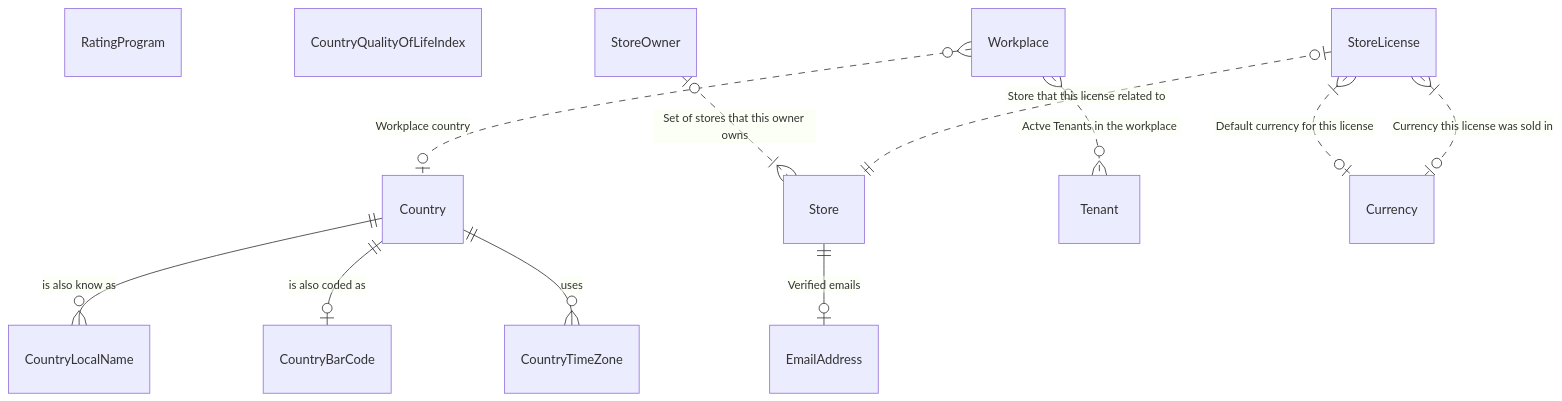
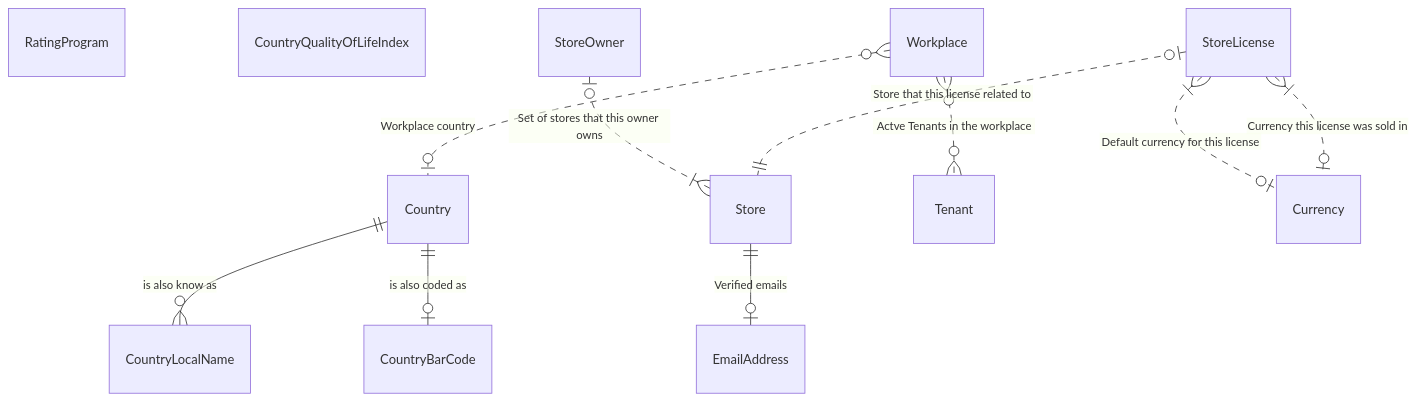
Before and after one commit to NoxOrg/Nox: the diagram in src/Nox.ClientApi.Tests/.nox/docs/README.md, drawn with Mermaid. The commit also changed other lines of this file and 28 other files, not shown here.

Commit message:
nox-281 remove CountryTimeZone from ClientApiTests

````diff
--- a/src/Nox.ClientApi.Tests/.nox/docs/README.md
+++ b/src/Nox.ClientApi.Tests/.nox/docs/README.md
@@ -11,40 +11,37 @@
 ``` mermaid
 erDiagram
     Country {
     }
     Country||--o{CountryLocalName : "is also know as"
     Country||--o|CountryBarCode : "is also coded as"
-    Country||--o{CountryTimeZone : "uses"
     CountryLocalName {
     }
     CountryBarCode {
     }
     RatingProgram {
     }
     CountryQualityOfLifeIndex {
     }
     Store {
     }
     Store||--o|EmailAddress : "Verified emails"
     Workplace {
     }
     Workplace}o..o|Country : "Workplace country"
     Workplace}o..o{Tenant : "Actve Tenants in the workplace"
     StoreOwner {
     }
     StoreOwner|o..|{Store : "Set of stores that this owner owns"
     StoreLicense {
     }
     StoreLicense|o..||Store : "Store that this license related to"
     StoreLicense}|..o|Currency : "Default currency for this license"
     StoreLicense}|..o|Currency : "Currency this license was sold in"
     Currency {
     }
     Tenant {
     }
-    CountryTimeZone {
-    }
     EmailAddress {
     }
 
 ```
````
